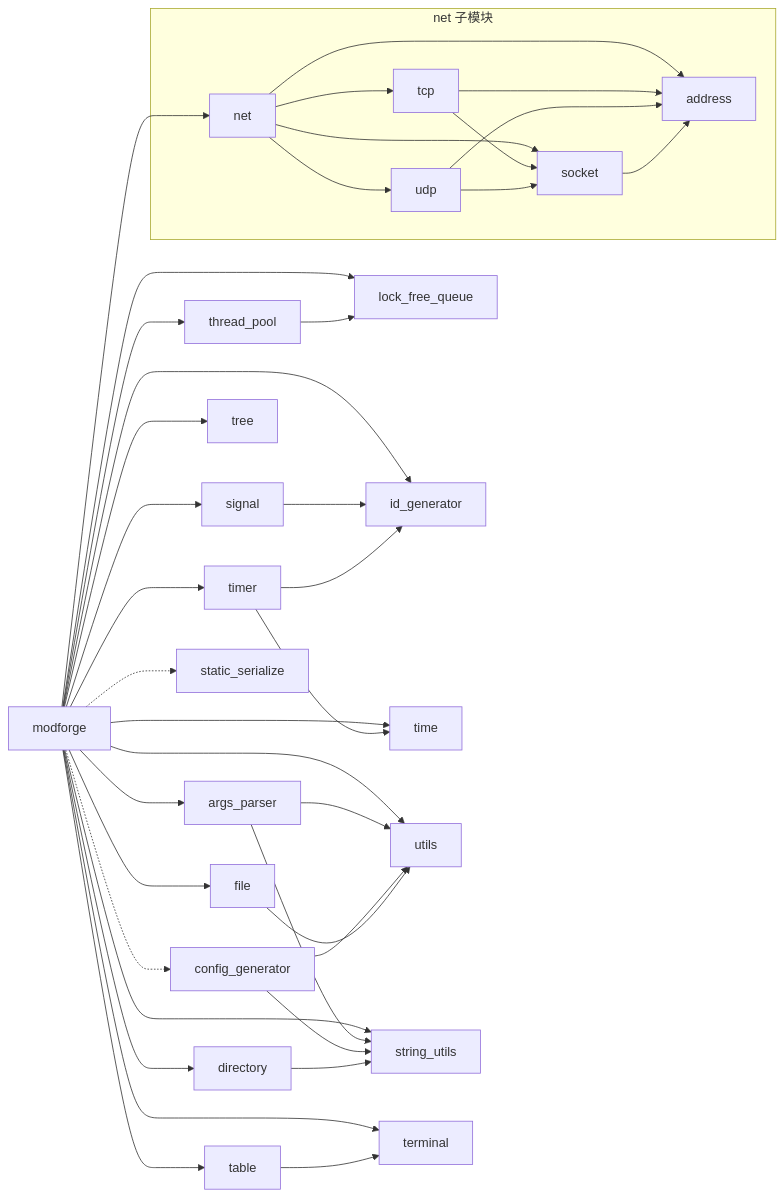
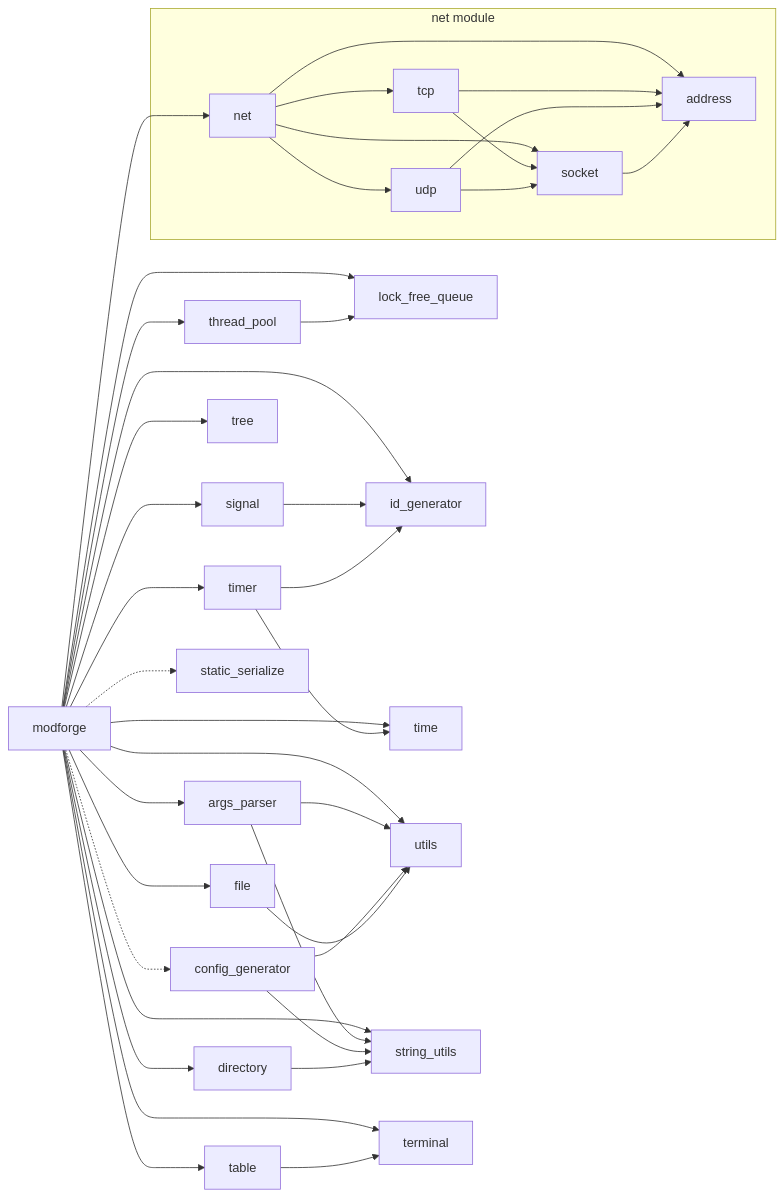
The diagram in README.md (hexne/modforge), drawn with Mermaid before and after one commit.

Commit message:
修复README

````diff
--- a/README.md
+++ b/README.md
@@ -54,44 +54,44 @@
 ```mermaid
 graph LR
     modforge --> args_parser
     modforge --> directory
     modforge --> file
     modforge --> lock_free_queue
     modforge --> id_generator
     modforge --> thread_pool
     modforge --> time
     modforge --> timer
     modforge --> tree
     modforge --> utils
     modforge --> string_utils
     modforge --> signal
     modforge --> terminal
     modforge --> table
     modforge -.-> static_serialize
     modforge -.-> config_generator
     modforge --> net
 
     args_parser --> string_utils
     args_parser --> utils
     config_generator --> string_utils
     config_generator --> utils
     directory --> string_utils
     file --> utils
     thread_pool --> lock_free_queue
     signal --> id_generator
     timer --> id_generator
     timer --> time
     table --> terminal
 
-    subgraph net_group["net 子模块"]
+    subgraph net_group["net module"]
         net --> tcp
         net --> udp
         net --> socket
         net --> address
         tcp --> socket
         tcp --> address
         udp --> socket
         udp --> address
         socket --> address
     end
 ```
````
